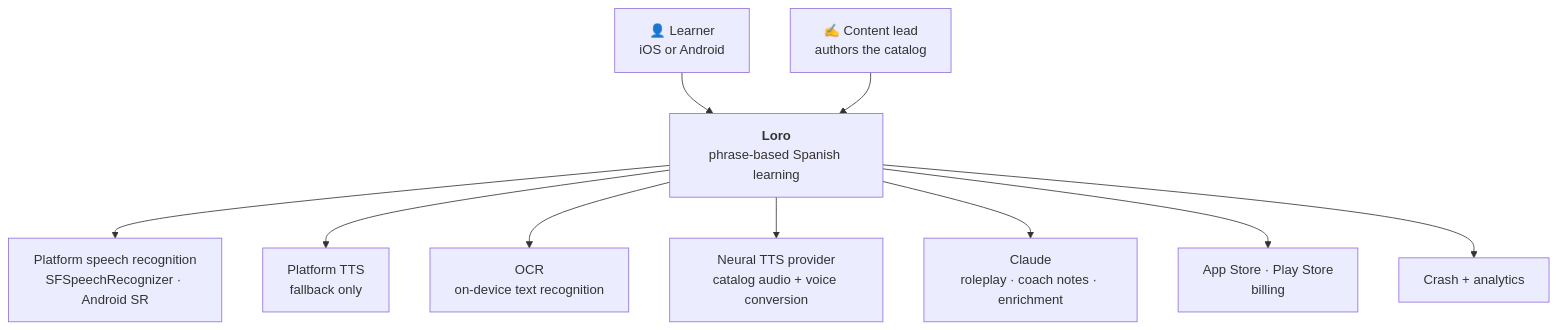
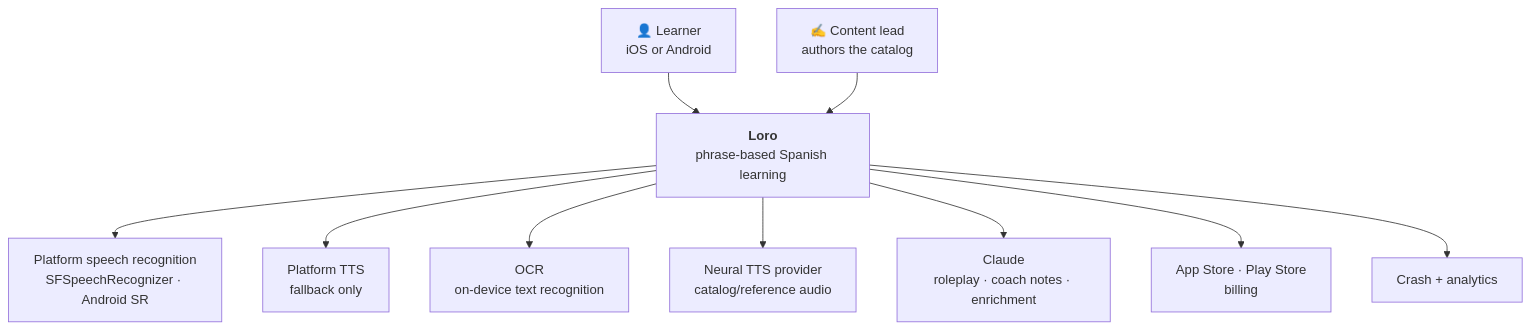
The first of 2 diagrams in docs/architecture/overview.md (asavienko/loro), drawn with Mermaid before and after one commit. The commit also changed other lines of this file and 139 other files, not shown here.

Commit message:
docs(docs): align repository truth and extension roadmap (F-03)

````diff
--- a/docs/architecture/overview.md
+++ b/docs/architecture/overview.md
@@ -28,25 +34,25 @@
 ```mermaid
 graph TB
   L["👤 Learner<br/>iOS or Android"]
   CL["✍️ Content lead<br/>authors the catalog"]
 
   LORO["<b>Loro</b><br/>phrase-based Spanish learning"]
 
   ASR["Platform speech recognition<br/>SFSpeechRecognizer · Android SR"]
   TTSP["Platform TTS<br/>fallback only"]
-  NTTS["Neural TTS provider<br/>catalog audio + voice conversion"]
+  NTTS["Neural TTS provider<br/>catalog/reference audio"]
   LLM["Claude<br/>roleplay · coach notes · enrichment"]
   OCR["OCR<br/>on-device text recognition"]
   STORE["App Store · Play Store<br/>billing"]
   OBS["Crash + analytics"]
 
   L --> LORO
   CL --> LORO
   LORO --> ASR
   LORO --> TTSP
   LORO --> OCR
   LORO --> NTTS
   LORO --> LLM
   LORO --> STORE
   LORO --> OBS
 ```
````
